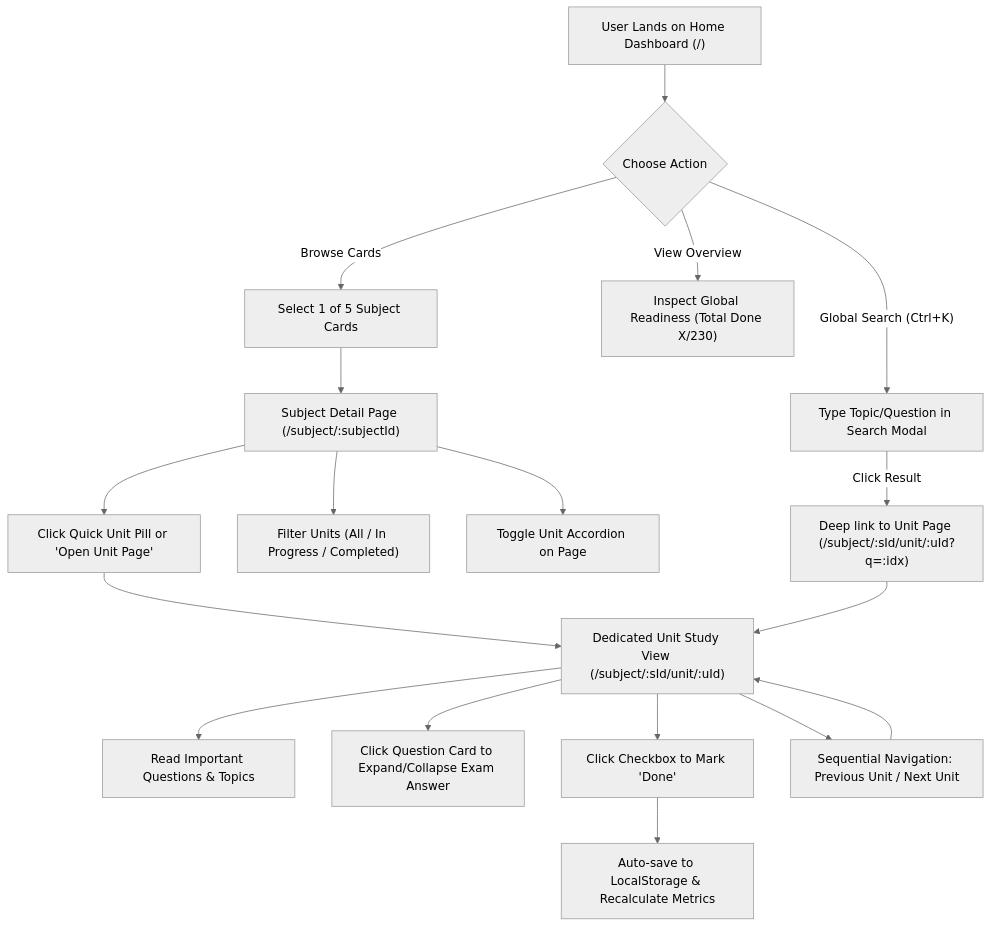
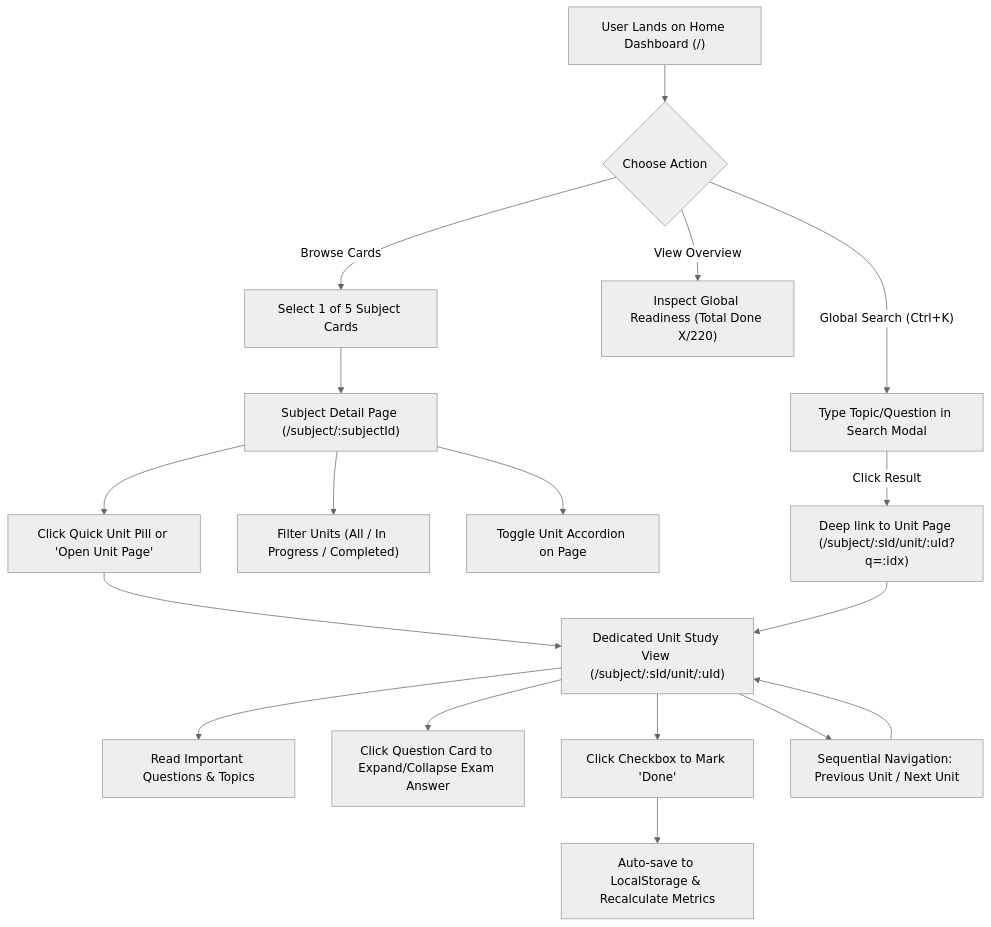
One commit to Dimpal-Sharma231/endsem-prep-hub changed the first of 4 diagrams in PROJECT_CONTEXT.md. Above: the diagram before and after it, drawn with Mermaid (neutral theme). The commit also changed other lines of this file and 3 other files, not shown here.

````diff
--- a/PROJECT_CONTEXT.md
+++ b/PROJECT_CONTEXT.md
@@ -44,25 +44,25 @@
 ```mermaid
 flowchart TD
     A["User Lands on Home Dashboard (/)"] --> B{"Choose Action"}
     B -->|"Global Search (Ctrl+K)"| C["Type Topic/Question in Search Modal"]
     B -->|"Browse Cards"| D["Select 1 of 5 Subject Cards"]
-    B -->|"View Overview"| E["Inspect Global Readiness (Total Done X/230)"]
+    B -->|"View Overview"| E["Inspect Global Readiness (Total Done X/220)"]
     
     C -->|"Click Result"| F["Deep link to Unit Page (/subject/:sId/unit/:uId?q=:idx)"]
     D --> G["Subject Detail Page (/subject/:subjectId)"]
     
     G --> H["Filter Units (All / In Progress / Completed)"]
     G --> I["Toggle Unit Accordion on Page"]
     G --> J["Click Quick Unit Pill or 'Open Unit Page'"]
     
     J --> K["Dedicated Unit Study View (/subject/:sId/unit/:uId)"]
     F --> K
     
     K --> L["Read Important Questions & Topics"]
     K --> M["Click Question Card to Expand/Collapse Exam Answer"]
     K --> N["Click Checkbox to Mark 'Done'"]
     N --> O["Auto-save to LocalStorage & Recalculate Metrics"]
     
     K --> P["Sequential Navigation: Previous Unit / Next Unit"]
     P --> K
 ```
````
